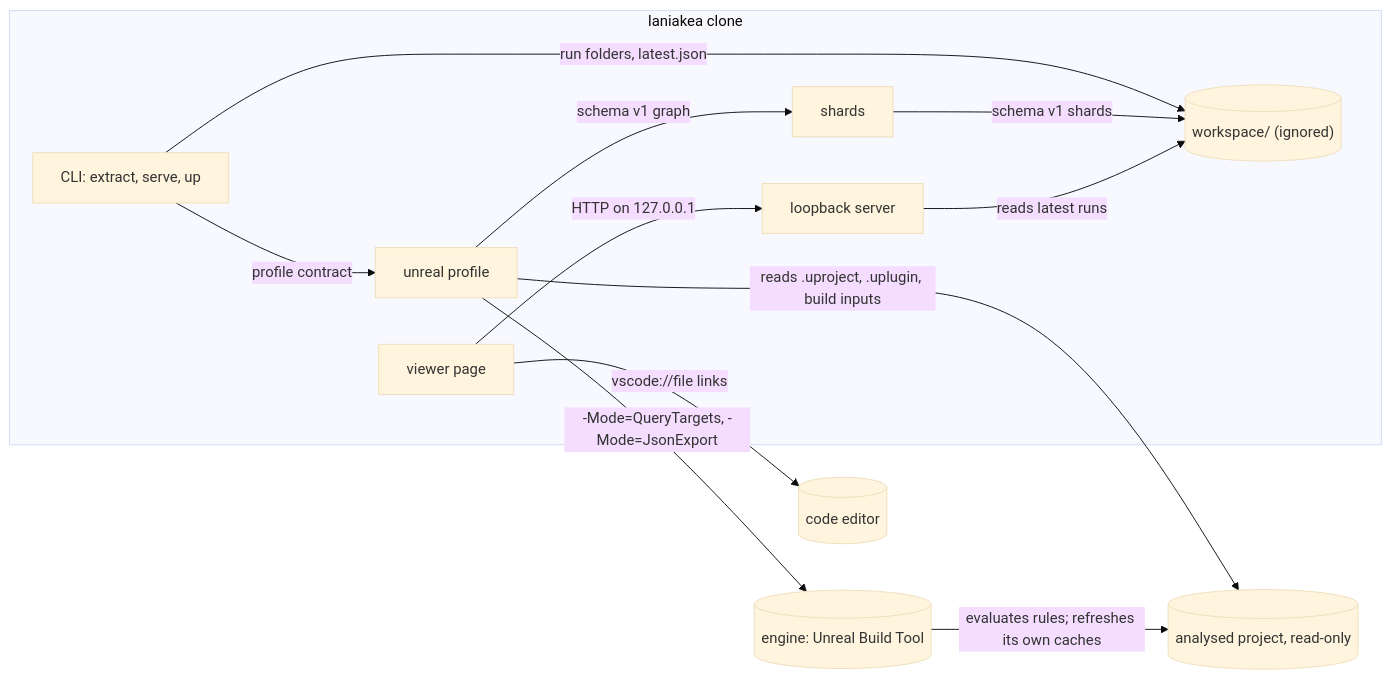
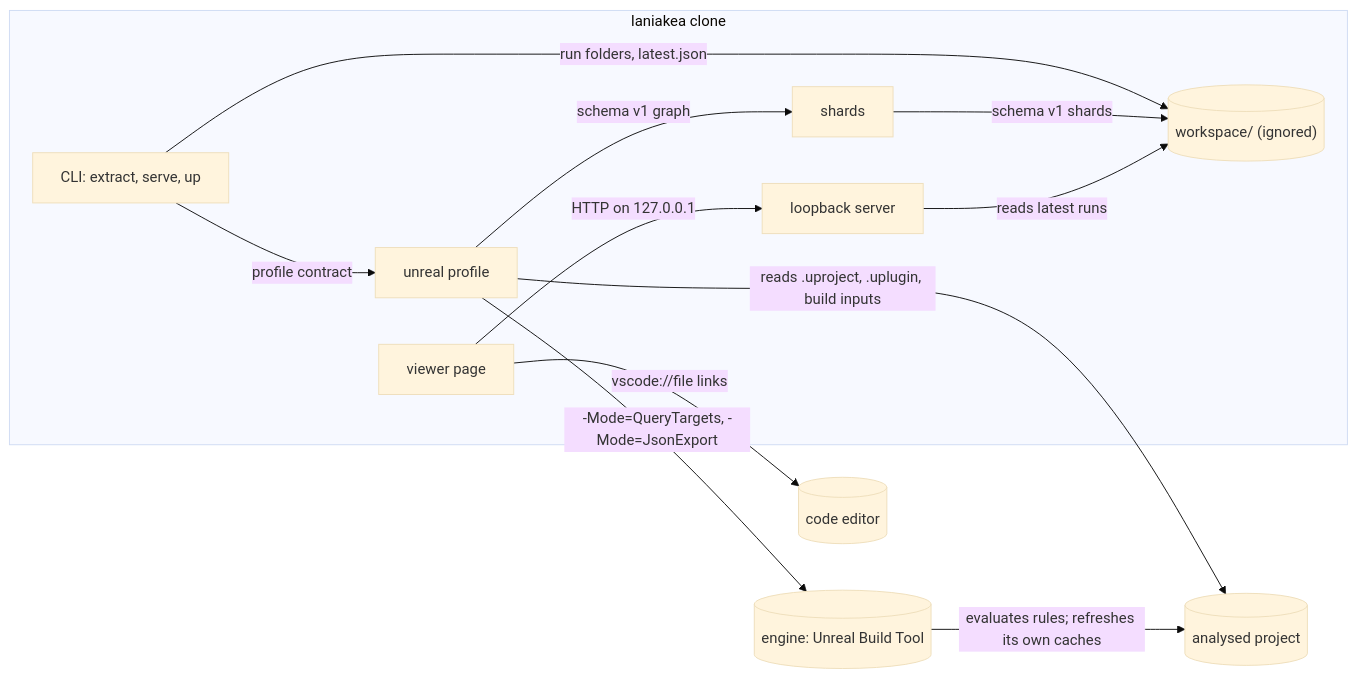
One commit to 6r0m/laniakea changed the diagram in docs/architecture/diagrams/main.md. Above: the diagram before and after it, drawn with Mermaid (base theme). The commit also changed 13 other files, not shown here.

````diff
--- a/docs/architecture/diagrams/main.md
+++ b/docs/architecture/diagrams/main.md
@@ -6,15 +6,15 @@
 ```mermaid
 flowchart LR
     subgraph laniakea["laniakea clone"]
         CLI["CLI: extract, serve, up"] -->|"profile contract"| Profile["unreal profile"]
         CLI -->|"run folders, latest.json"| Workspace[("workspace/ (ignored)")]
         Profile -->|"schema v1 graph"| Shards["shards"]
         Shards -->|"schema v1 shards"| Workspace
         Server["loopback server"] -->|"reads latest runs"| Workspace
         Viewer["viewer page"] -->|"HTTP on 127.0.0.1"| Server
     end
-    Profile -->|"reads .uproject, .uplugin, build inputs"| Project[("analysed project, read-only")]
+    Profile -->|"reads .uproject, .uplugin, build inputs"| Project[("analysed project")]
     Profile -->|"-Mode=QueryTargets, -Mode=JsonExport"| UBT[("engine: Unreal Build Tool")]
     UBT -->|"evaluates rules; refreshes its own caches"| Project
     Viewer -->|"vscode://file links"| Editor[("code editor")]
 ```
````
